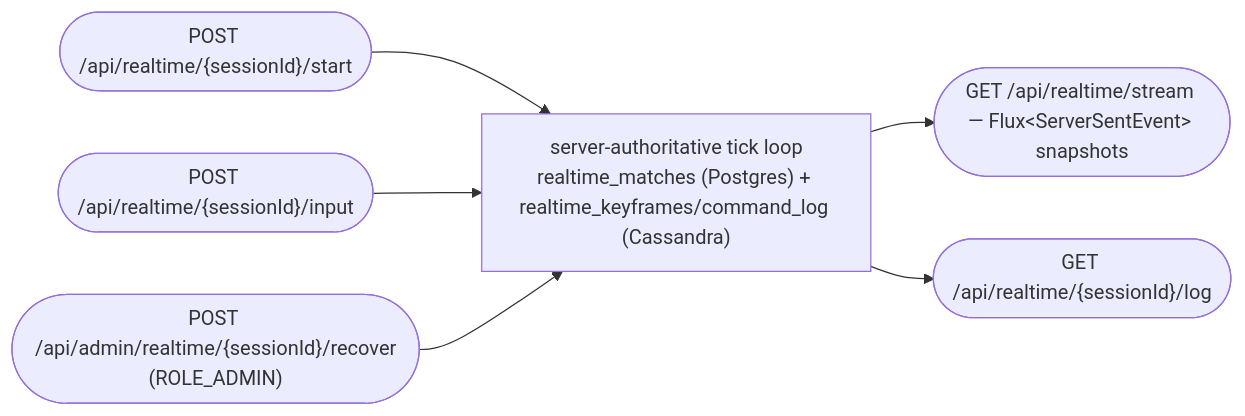
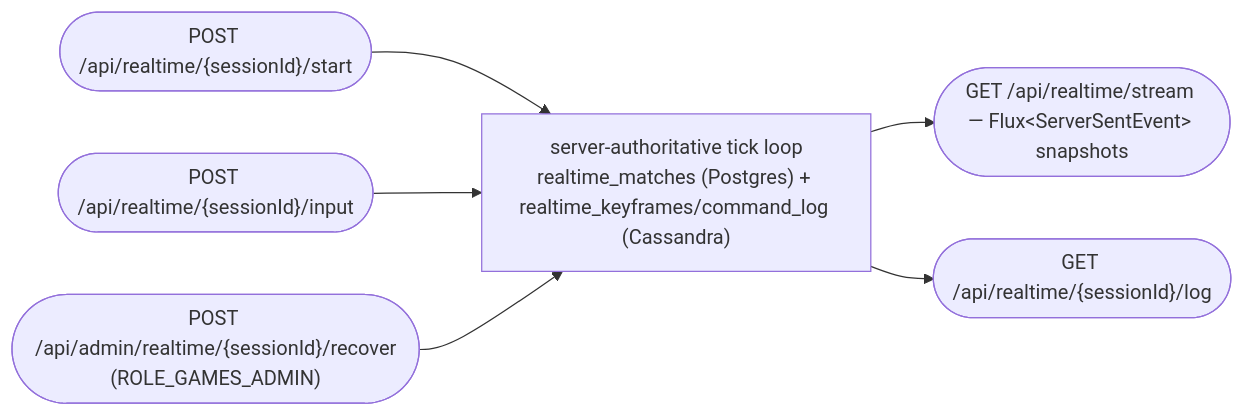
The third of 5 diagrams in content/games/api-reference.md (hugmesh/hugmesh.github.io), drawn with Mermaid before and after one commit. The commit also changed other lines of this file and 194 other files, not shown here.

````diff
--- a/content/games/api-reference.md
+++ b/content/games/api-reference.md
@@ -55,8 +55,8 @@
 ```mermaid
 flowchart LR
     Start(["POST /api/realtime/{sessionId}/start"]) --> Tick["server-authoritative tick loop<br/>realtime_matches (Postgres) + realtime_keyframes/command_log (Cassandra)"]
     Input(["POST /api/realtime/{sessionId}/input"]) --> Tick
     Tick --> Stream(["GET /api/realtime/stream — Flux&lt;ServerSentEvent&gt; snapshots"])
     Tick --> Log(["GET /api/realtime/{sessionId}/log"])
-    Recover(["POST /api/admin/realtime/{sessionId}/recover<br/>(ROLE_ADMIN)"]) --> Tick
+    Recover(["POST /api/admin/realtime/{sessionId}/recover<br/>(ROLE_GAMES_ADMIN)"]) --> Tick
 ```
````
